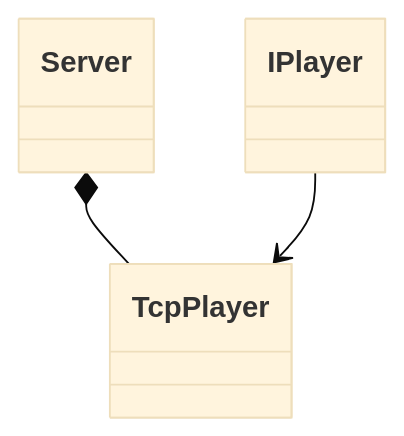
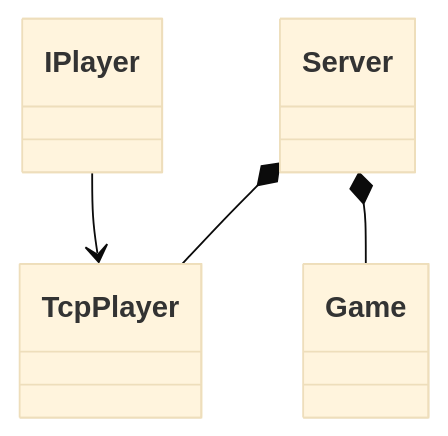
The third of 3 diagrams in doc/technical.md (vesmil/oko-bere), drawn with Mermaid (base theme) before and after one commit. The commit also changed other lines of this file and 1 other file, not shown here.

````diff
--- a/doc/technical.md
+++ b/doc/technical.md
@@ -105,5 +109,6 @@
 ```mermaid
 classDiagram
     Server *-- TcpPlayer
     IPlayer --> TcpPlayer
+    Server *-- Game
 ```
````
